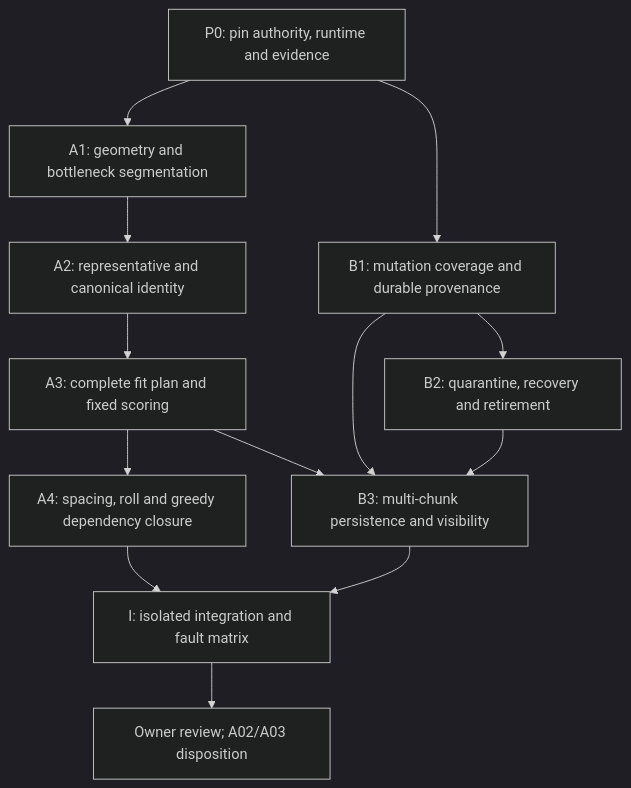
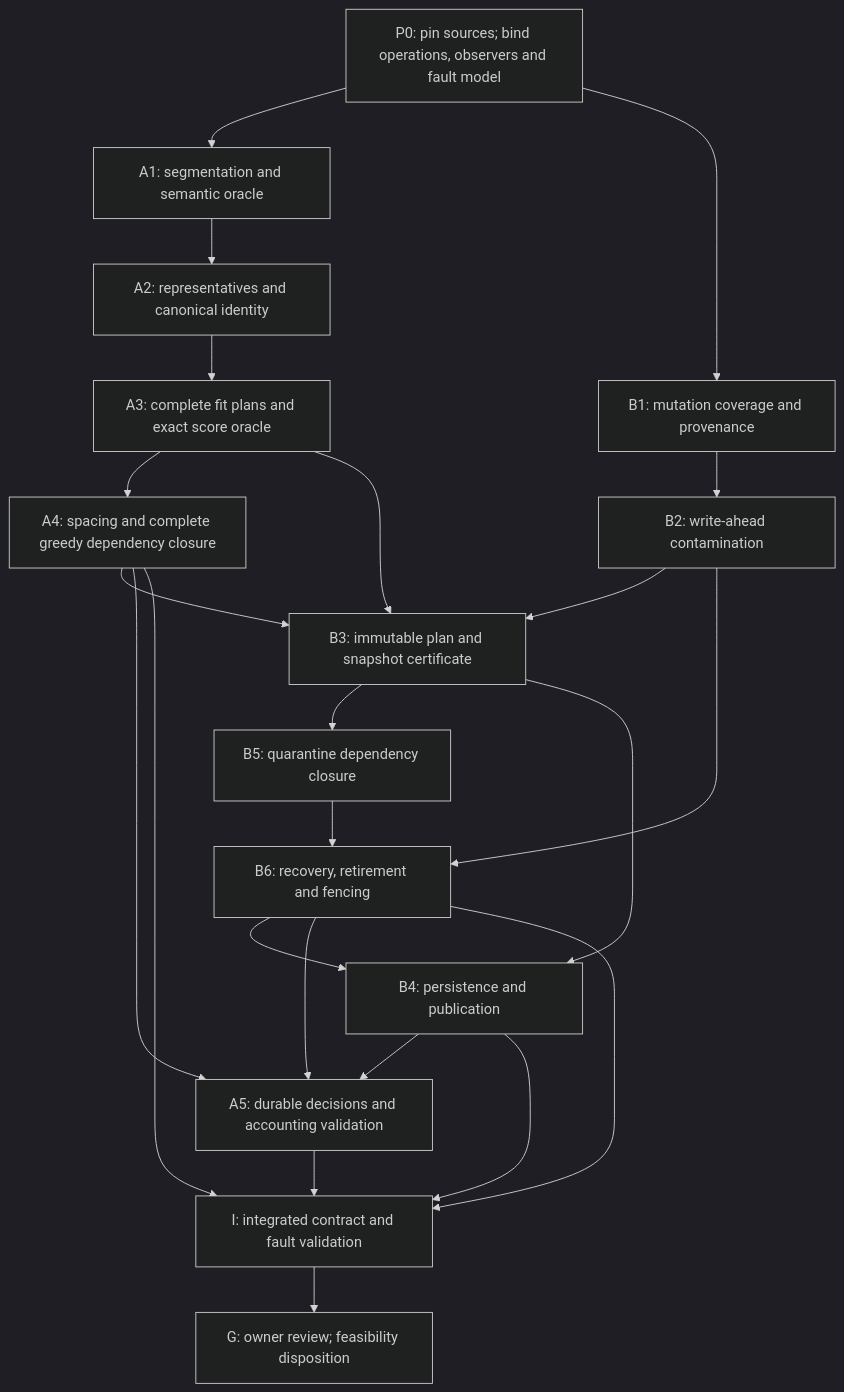
One commit to ItzGamesGD/MoreMinecrafts-Beta changed the diagram in docs/design/ST05_STAGE0_INTEGRATED_VALIDATION_PLAN.md. Above: the diagram before and after it, drawn with Mermaid (dark theme). The commit also changed other lines of this file, not shown here.

Commit message:
docs(st05): resolve integrated validation plan audit F1-F6 [skip ci]

````diff
--- a/docs/design/ST05_STAGE0_INTEGRATED_VALIDATION_PLAN.md
+++ b/docs/design/ST05_STAGE0_INTEGRATED_VALIDATION_PLAN.md
@@ -49,21 +49,34 @@
 ```mermaid
 flowchart TD
-    P0["P0: pin authority, runtime and evidence"]
-    A1["A1: geometry and bottleneck segmentation"]
-    A2["A2: representative and canonical identity"]
-    A3["A3: complete fit plan and fixed scoring"]
-    A4["A4: spacing, roll and greedy dependency closure"]
-    B1["B1: mutation coverage and durable provenance"]
-    B2["B2: quarantine, recovery and retirement"]
-    B3["B3: multi-chunk persistence and visibility"]
-    I["I: isolated integration and fault matrix"]
-    G["Owner review; A02/A03 disposition"]
-
+    P0["P0: pin sources; bind operations, observers and fault model"]
+    A1["A1: segmentation and semantic oracle"]
+    A2["A2: representatives and canonical identity"]
+    A3["A3: complete fit plans and exact score oracle"]
+    A4["A4: spacing and complete greedy dependency closure"]
+    A5["A5: durable decisions and accounting validation"]
+    B1["B1: mutation coverage and provenance"]
+    B2["B2: write-ahead contamination"]
+    B3["B3: immutable plan and snapshot certificate"]
+    B4["B4: persistence and publication"]
+    B5["B5: quarantine dependency closure"]
+    B6["B6: recovery, retirement and fencing"]
+    I["I: integrated contract and fault validation"]
+    G["G: owner review; feasibility disposition"]
     P0 --> A1 --> A2 --> A3 --> A4
     P0 --> B1 --> B2
     A3 --> B3
-    B1 --> B3
+    A4 --> B3
     B2 --> B3
+    B3 --> B5 --> B6
+    B2 --> B6
+    B3 --> B4
+    B6 --> B4
+    A4 --> A5
+    B4 --> A5
+    B6 --> A5
+    A5 --> I
     A4 --> I
-    B3 --> I --> G
+    B4 --> I
+    B6 --> I
+    I --> G
 ```
````
